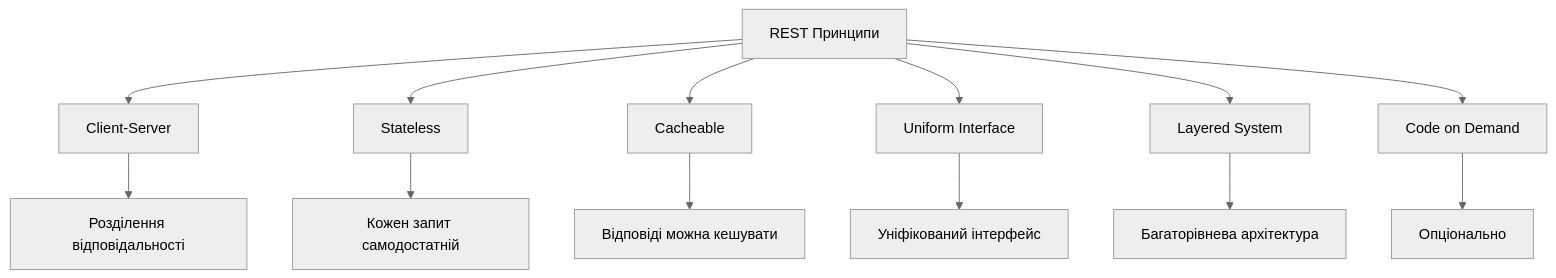
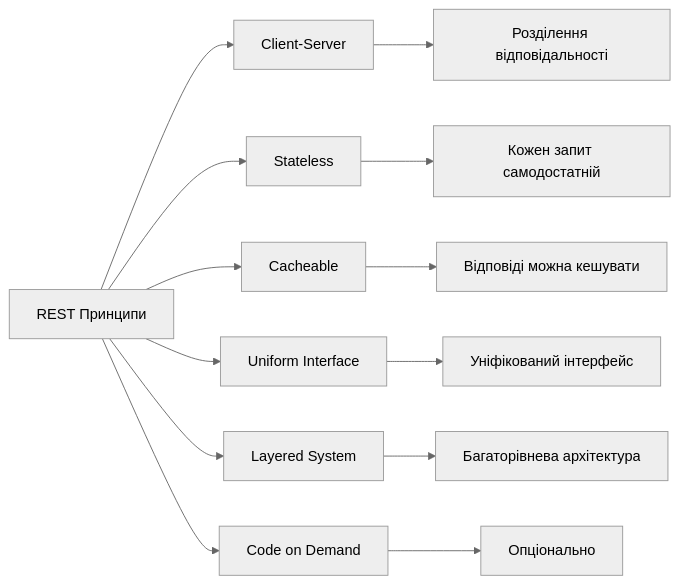
The first of 7 diagrams in docs/presentations/presentation-06.md (olroi421/course-web), drawn with Mermaid (neutral theme) before and after one commit.

````diff
--- a/docs/presentations/presentation-06.md
+++ b/docs/presentations/presentation-06.md
@@ -14,16 +14,16 @@
 ```mermaid
-graph TD
+graph LR
     A[REST Принципи] --> B[Client-Server]
     A --> C[Stateless]
     A --> D[Cacheable]
     A --> E[Uniform Interface]
     A --> F[Layered System]
     A --> G[Code on Demand]
 
     B --> B1[Розділення відповідальності]
     C --> C1[Кожен запит самодостатній]
     D --> D1[Відповіді можна кешувати]
     E --> E1[Уніфікований інтерфейс]
     F --> F1[Багаторівнева архітектура]
     G --> G1[Опціонально]
 ```
````
